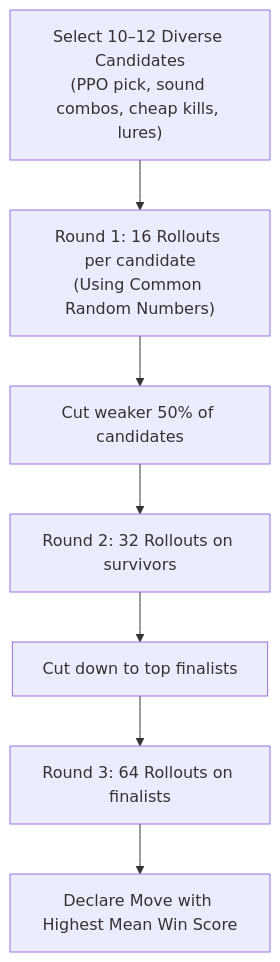
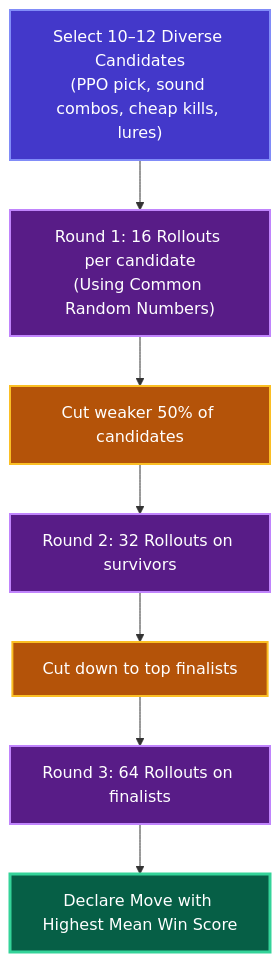
The fifth of 7 diagrams in docs/architecture-review.md (Angle-Brackets/TTRSolver), drawn with Mermaid before and after one commit. The commit also changed other lines of this file and 9 other files, not shown here.

Commit message:
docs: color-code all Mermaid diagrams with distinct visual themes

````diff
--- a/docs/architecture-review.md
+++ b/docs/architecture-review.md
@@ -279,9 +289,19 @@
 ```mermaid
 flowchart TD
+    classDef menuNode fill:#4338ca,stroke:#818cf8,stroke-width:2px,color:#ffffff
+    classDef rollNode fill:#581c87,stroke:#c084fc,stroke-width:2px,color:#ffffff
+    classDef cutNode fill:#b45309,stroke:#fbbf24,stroke-width:2px,color:#ffffff
+    classDef outNode fill:#065f46,stroke:#34d399,stroke-width:3px,color:#ffffff
+
     A["Select 10–12 Diverse Candidates<br/>(PPO pick, sound combos, cheap kills, lures)"] --> B["Round 1: 16 Rollouts per candidate<br/>(Using Common Random Numbers)"]
     B --> C["Cut weaker 50% of candidates"]
     C --> D["Round 2: 32 Rollouts on survivors"]
     D --> E["Cut down to top finalists"]
     E --> F["Round 3: 64 Rollouts on finalists"]
     F --> G["Declare Move with Highest Mean Win Score"]
+
+    class A menuNode
+    class B,D,F rollNode
+    class C,E cutNode
+    class G outNode
 ```
````
